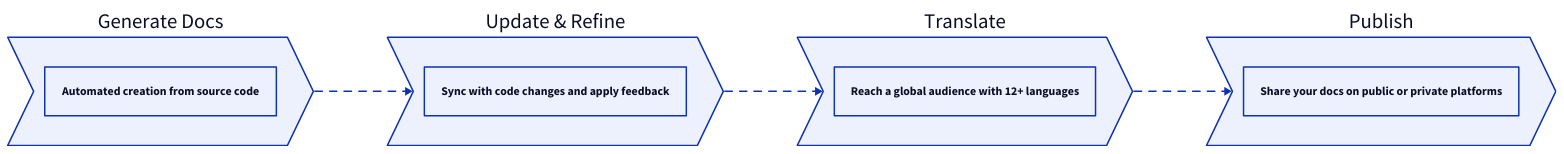
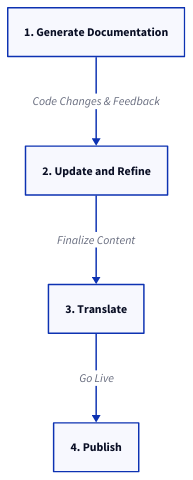
Before and after one commit to AIGNE-io/aigne-doc-smith: the diagram in docs/features.md, drawn with D2. The commit also changed other lines of this file and 39 other files, not shown here.

````diff
--- a/docs/features.md
+++ b/docs/features.md
@@ -11,27 +30,27 @@
 ```d2
-direction: right
+direction: down
 
-"Generate Docs": {
-  shape: step
-  description: "Automated creation from source code"
+generate: {
+  label: "1. Generate Documentation"
+  shape: rectangle
 }
 
-"Update & Refine": {
-  shape: step
-  description: "Sync with code changes and apply feedback"
+update: {
+  label: "2. Update and Refine"
+  shape: rectangle
 }
 
-"Translate": {
-  shape: step
-  description: "Reach a global audience with 12+ languages"
+translate: {
+  label: "3. Translate"
+  shape: rectangle
 }
 
-"Publish": {
-  shape: step
-  description: "Share your docs on public or private platforms"
+publish: {
+  label: "4. Publish"
+  shape: rectangle
 }
 
-"Generate Docs" -> "Update & Refine" -> "Translate" -> "Publish" {
-  style.animated: true
-}
+generate -> update: "Code Changes & Feedback"
+update -> translate: "Finalize Content"
+translate -> publish: "Go Live"
 ```
````
